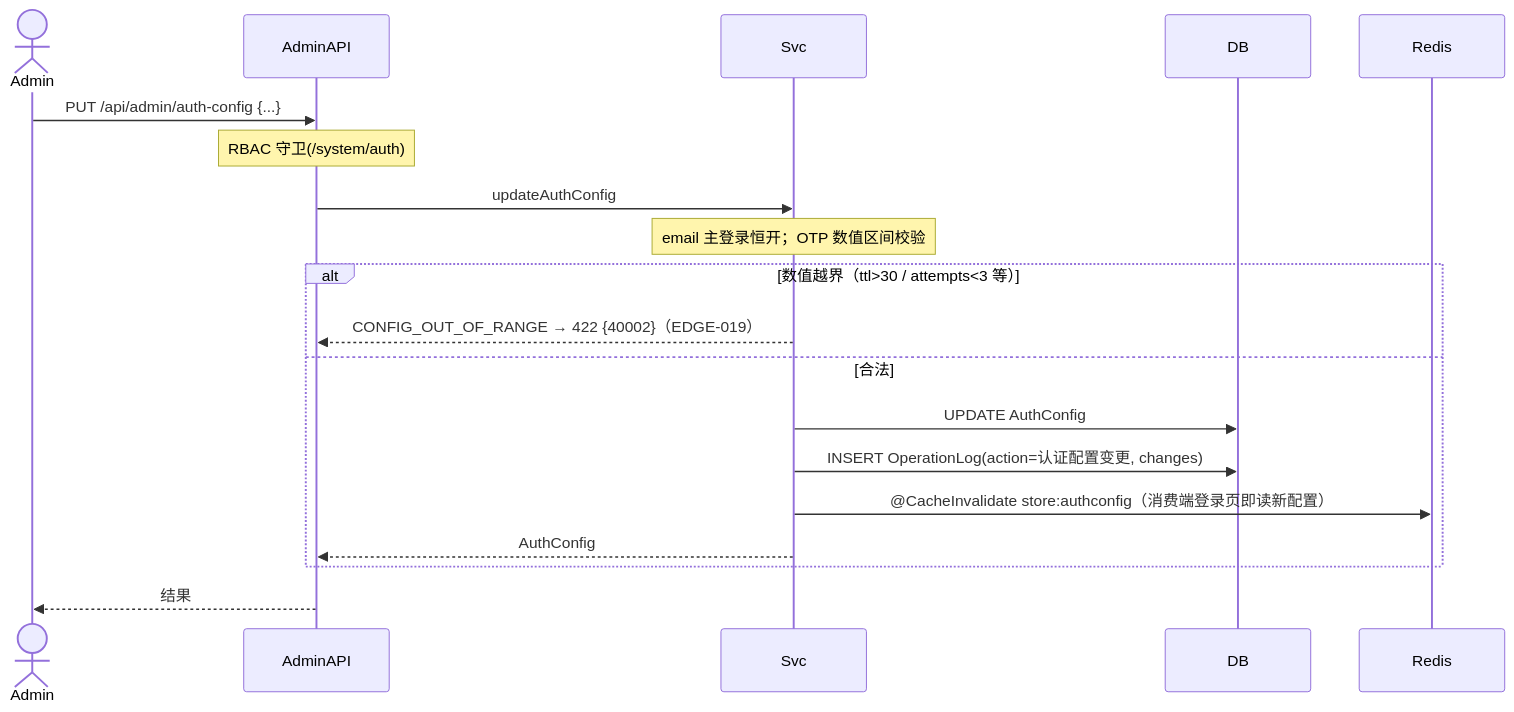
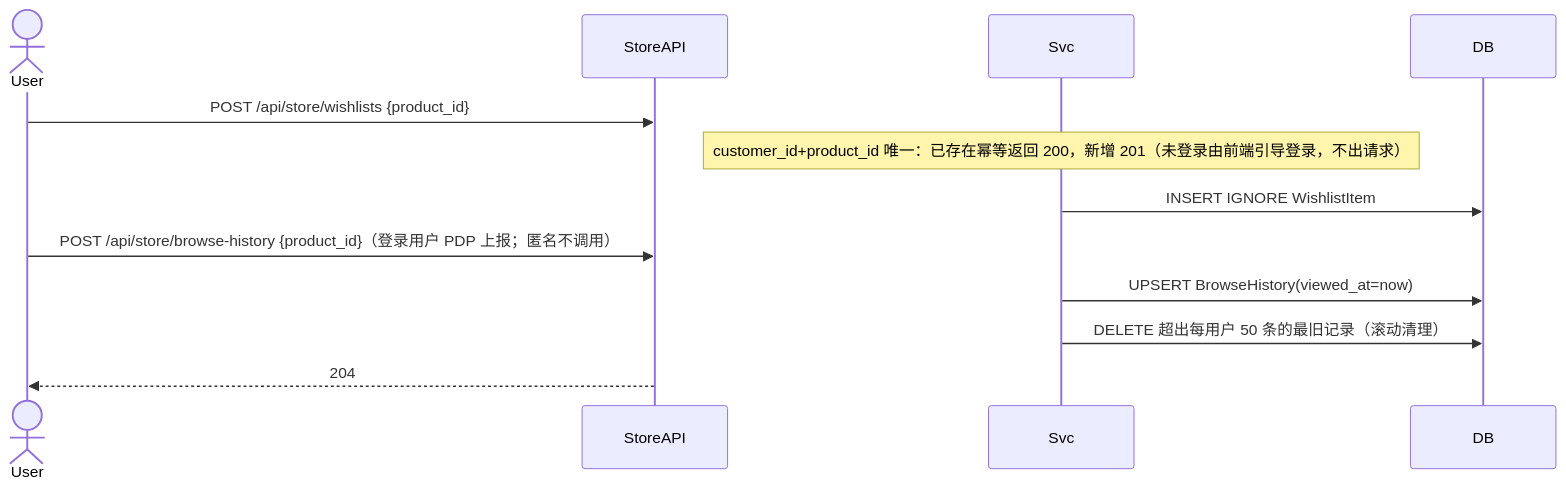
One commit to hptec/dreamy changed diagram 13 of 20 in hhspec/specs/architecture/data-flow.md. Above: the diagram before and after it, drawn with Mermaid. The commit also changed other lines of this file and 180 other files, not shown here.

````diff
--- a/hhspec/specs/architecture/data-flow.md
+++ b/hhspec/specs/architecture/data-flow.md
@@ -460,22 +501,16 @@
 ```mermaid
 sequenceDiagram
-    actor Admin
-    participant AdminAPI
+    actor User
+    participant StoreAPI
     participant Svc
     participant DB
-    participant Redis
 
-    Admin->>AdminAPI: PUT /api/admin/auth-config {...}
-    Note over AdminAPI: RBAC 守卫(/system/auth)
-    AdminAPI->>Svc: updateAuthConfig
-    Note over Svc: email 主登录恒开；OTP 数值区间校验
-    alt 数值越界（ttl>30 / attempts<3 等）
-        Svc-->>AdminAPI: CONFIG_OUT_OF_RANGE → 422 {40002}（EDGE-019）
-    else 合法
-        Svc->>DB: UPDATE AuthConfig
-        Svc->>DB: INSERT OperationLog(action=认证配置变更, changes)
-        Svc->>Redis: @CacheInvalidate store:authconfig（消费端登录页即读新配置）
-        Svc-->>AdminAPI: AuthConfig
-    end
-    AdminAPI-->>Admin: 结果
+    User->>StoreAPI: POST /api/store/wishlists {product_id}
+    Note over Svc: customer_id+product_id 唯一：已存在幂等返回 200，新增 201（未登录由前端引导登录，不出请求）
+    Svc->>DB: INSERT IGNORE WishlistItem
+
+    User->>StoreAPI: POST /api/store/browse-history {product_id}（登录用户 PDP 上报；匿名不调用）
+    Svc->>DB: UPSERT BrowseHistory(viewed_at=now)
+    Svc->>DB: DELETE 超出每用户 50 条的最旧记录（滚动清理）
+    StoreAPI-->>User: 204
 ```
````
